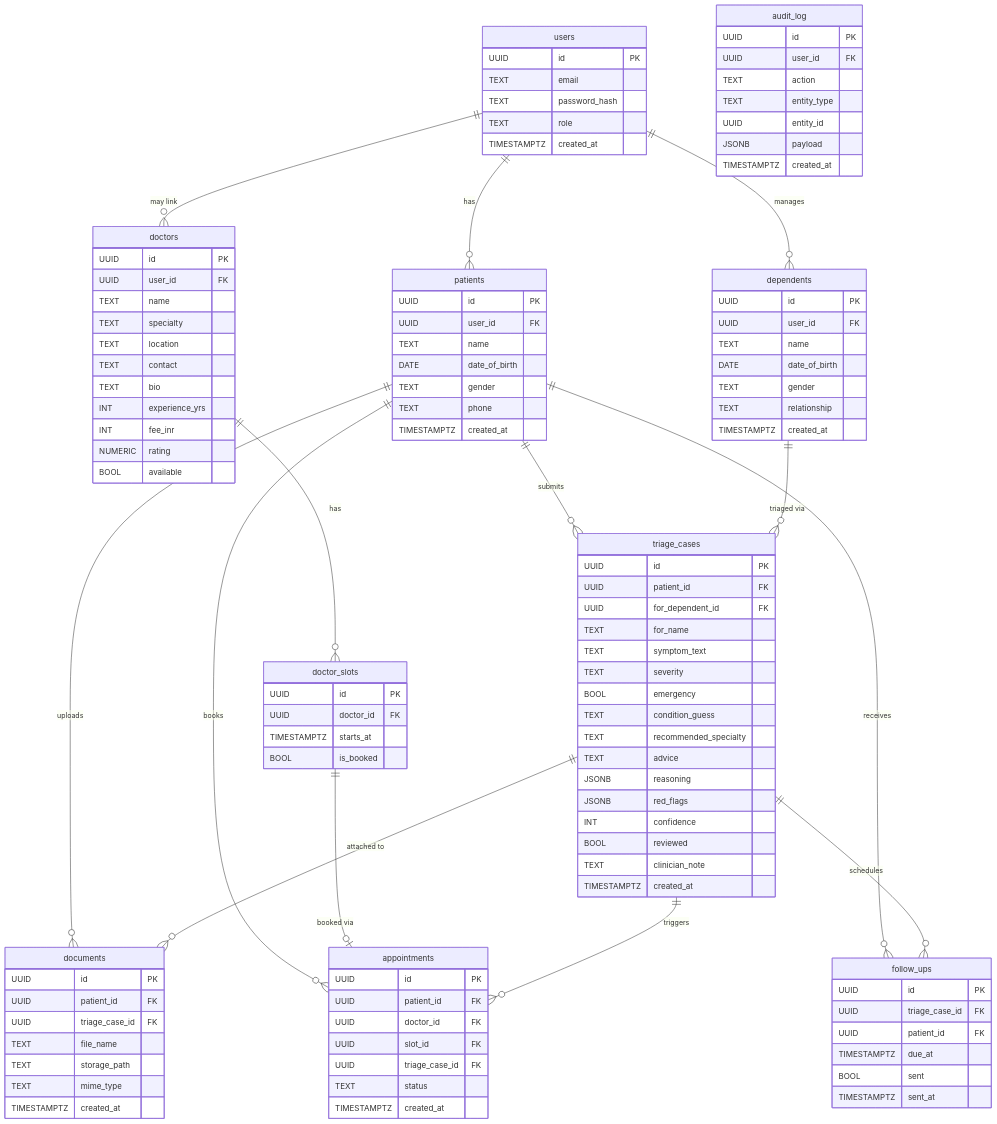
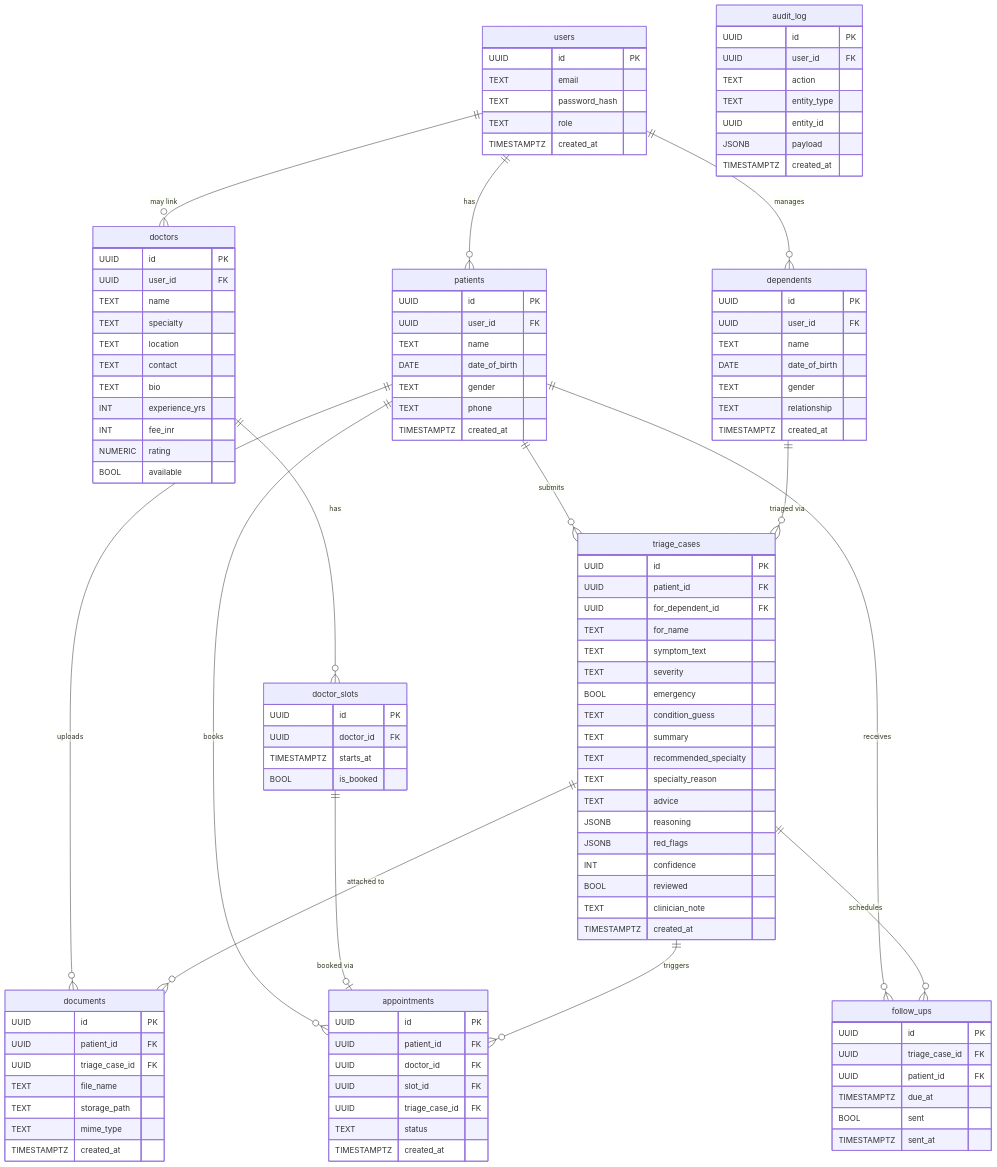
Before and after one commit to Dealer-09/CareRoute: the third of 3 diagrams in README.md, drawn with Mermaid. The commit also changed other lines of this file and 7 other files, not shown here.

Commit message:
Refactor routes and improve documentation; update database schema

```diff
--- a/README.md
+++ b/README.md
@@ -241,7 +242,9 @@
         TEXT severity
         BOOL emergency
         TEXT condition_guess
+        TEXT summary
         TEXT recommended_specialty
+        TEXT specialty_reason
         TEXT advice
         JSONB reasoning
         JSONB red_flags
```
